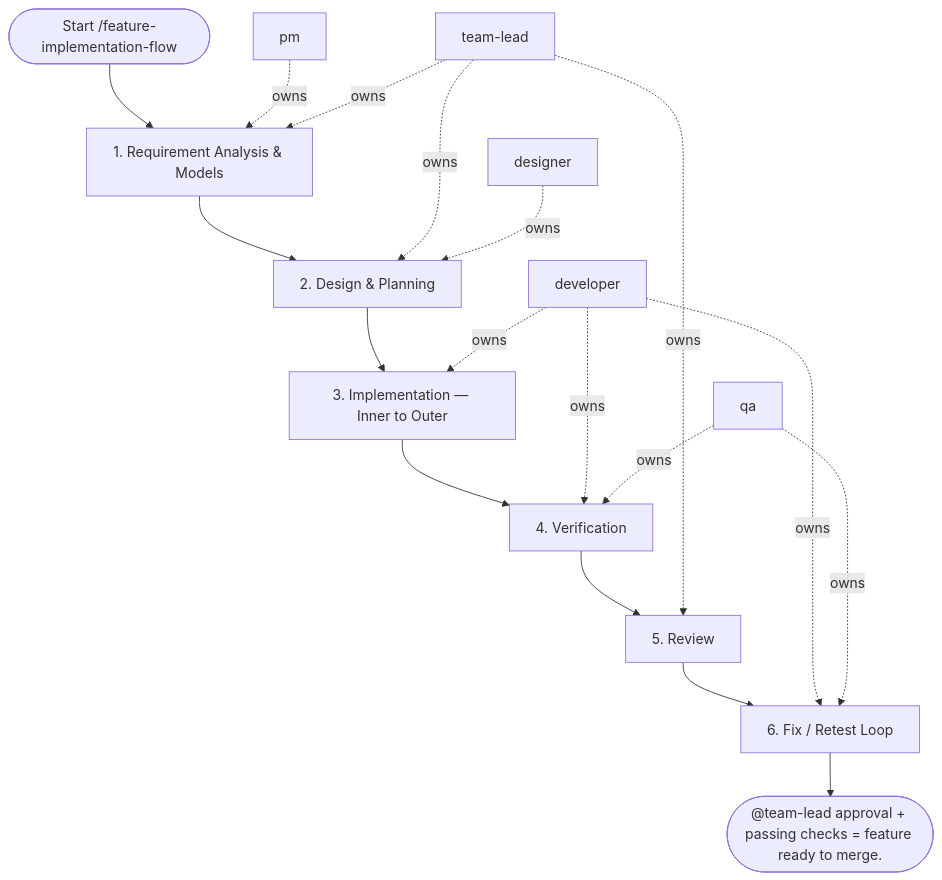
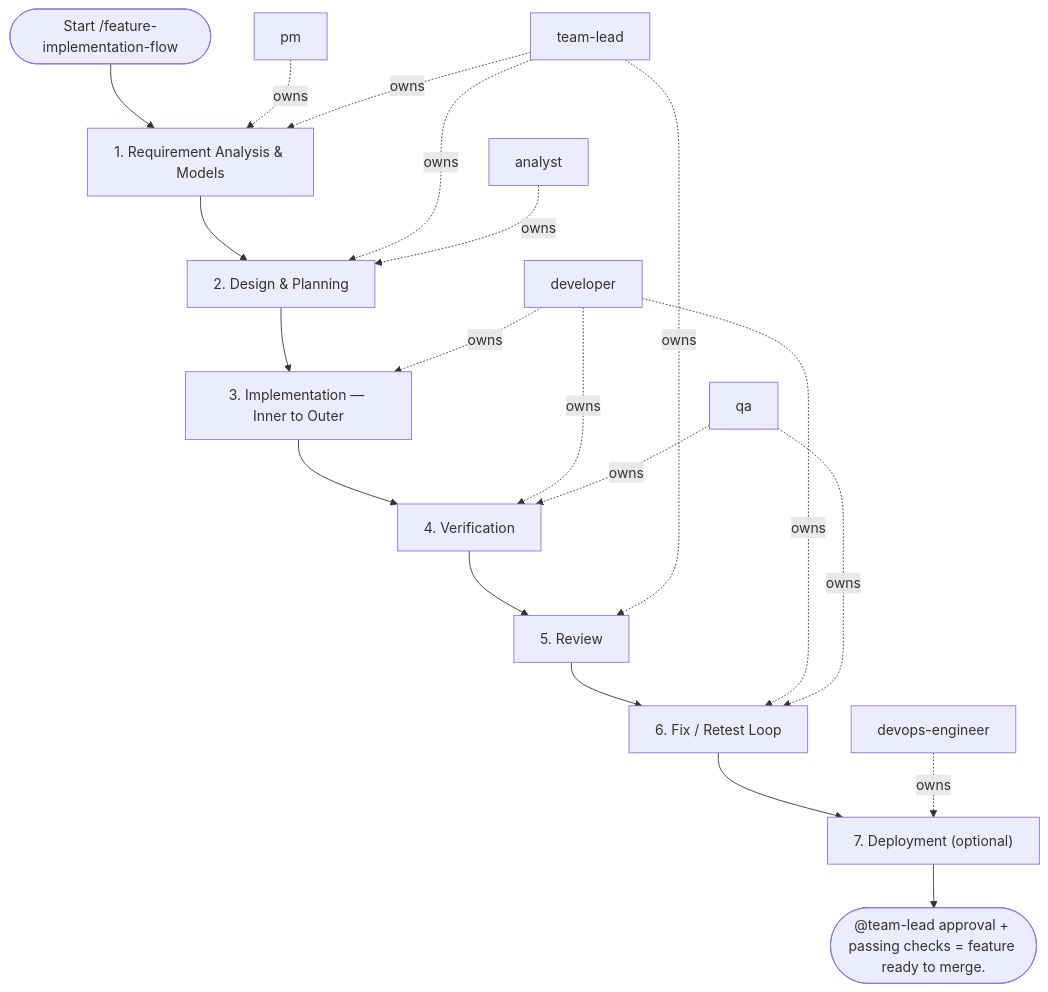
One commit to sawrus/agent-guides changed the diagram in areas/software/full-stack/workflows/feature-implementation-flow.md. Above: the diagram before and after it, drawn with Mermaid. The commit also changed other lines of this file and 135 other files, not shown here.

````diff
--- a/areas/software/full-stack/workflows/feature-implementation-flow.md
+++ b/areas/software/full-stack/workflows/feature-implementation-flow.md
@@ -92,33 +99,37 @@
 ```mermaid
 flowchart TD
   start(["Start /feature-implementation-flow"])
   role_1["pm"]
   role_2["team-lead"]
-  role_3["designer"]
+  role_3["analyst"]
   role_4["developer"]
   role_5["qa"]
+  role_6["devops-engineer"]
   step_1["1. Requirement Analysis & Models"]
   step_2["2. Design & Planning"]
   step_3["3. Implementation — Inner to Outer"]
   step_4["4. Verification"]
   step_5["5. Review"]
   step_6["6. Fix / Retest Loop"]
+  step_7["7. Deployment (optional)"]
   exit(["@team-lead approval + passing checks = feature ready to merge."])
   start --> step_1
   step_1 --> step_2
   step_2 --> step_3
   step_3 --> step_4
   step_4 --> step_5
   step_5 --> step_6
-  step_6 --> exit
+  step_6 --> step_7
+  step_7 --> exit
   role_1 -. owns .-> step_1
   role_2 -. owns .-> step_1
   role_2 -. owns .-> step_2
   role_3 -. owns .-> step_2
   role_4 -. owns .-> step_3
   role_4 -. owns .-> step_4
   role_5 -. owns .-> step_4
   role_2 -. owns .-> step_5
   role_4 -. owns .-> step_6
   role_5 -. owns .-> step_6
+  role_6 -. owns .-> step_7
 ```
````
